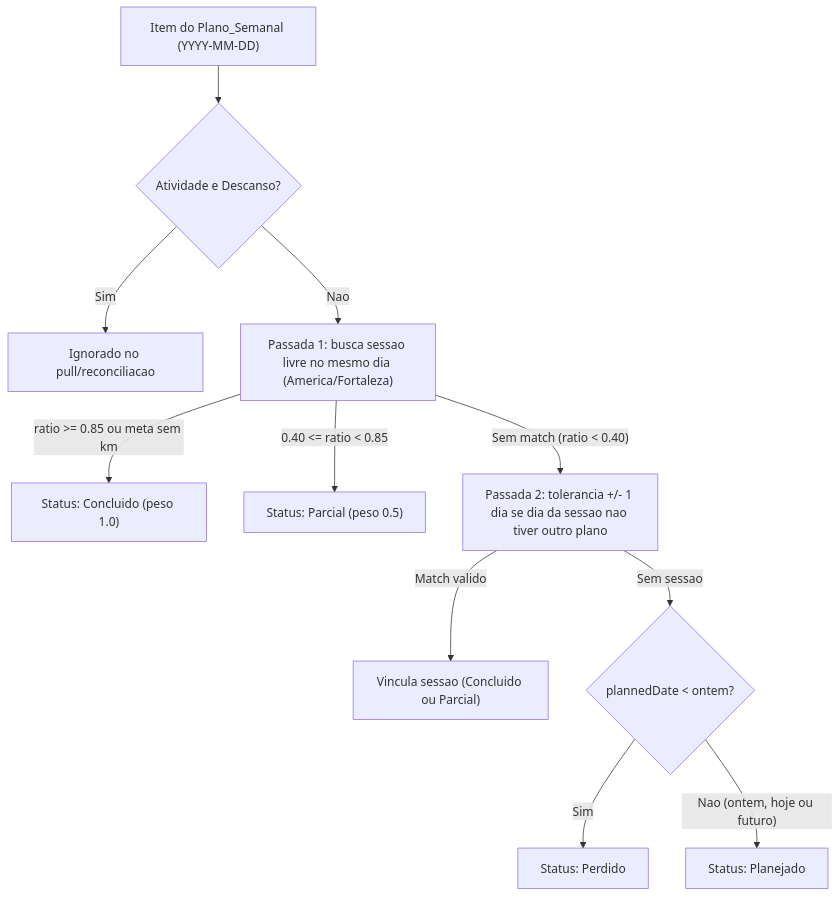
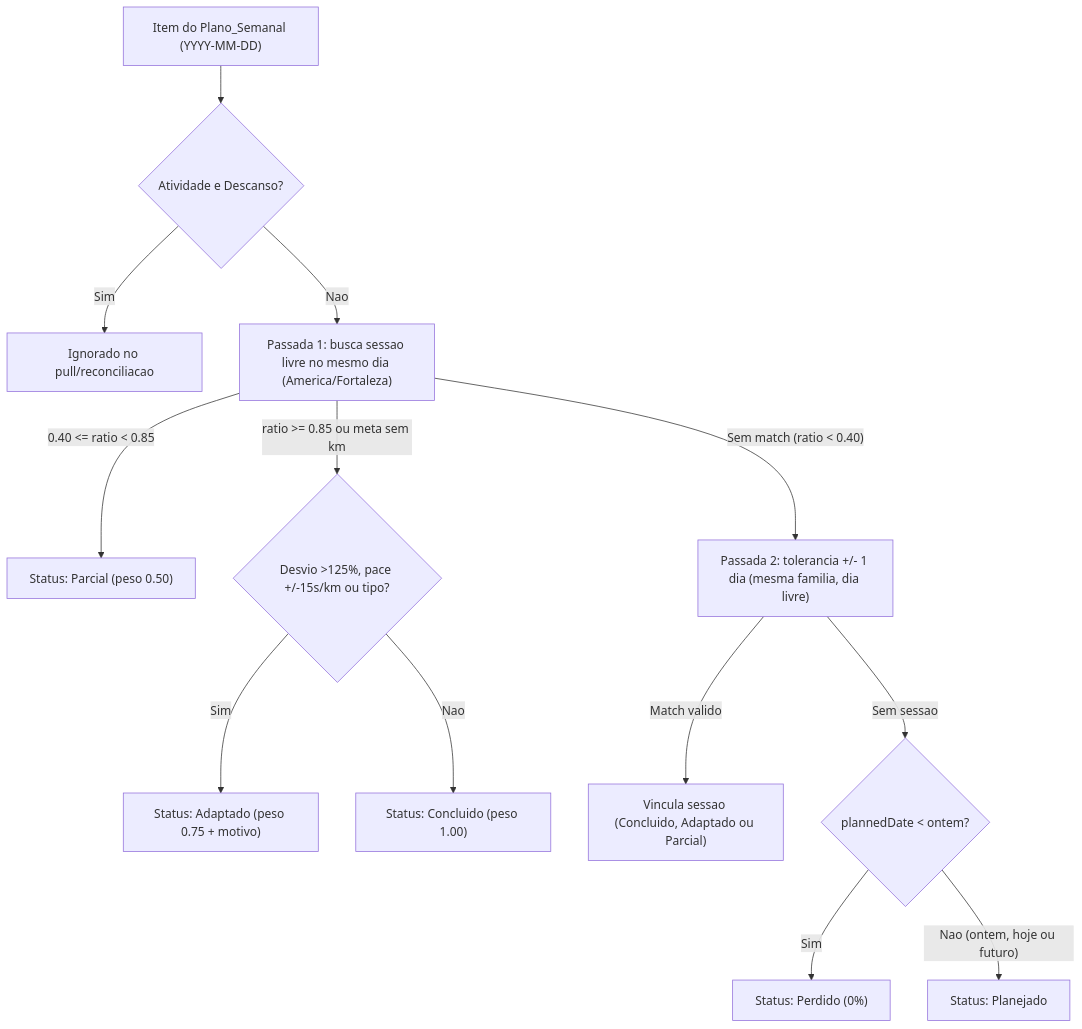
Before and after one commit to Kauanrodrigues01/PaceLab: the diagram in docs/features/02_treinos_e_dashboard_analitico.md, drawn with Mermaid. The commit also changed other lines of this file and 43 other files, not shown here.

````diff
--- a/docs/features/02_treinos_e_dashboard_analitico.md
+++ b/docs/features/02_treinos_e_dashboard_analitico.md
@@ -15,13 +15,15 @@
 ```mermaid
 flowchart TD
     Plan["Item do Plano_Semanal (YYYY-MM-DD)"] --> CheckType{"Atividade e Descanso?"}
     CheckType -->|"Sim"| RestSkip["Ignorado no pull/reconciliacao"]
     CheckType -->|"Nao"| Pass1["Passada 1: busca sessao livre no mesmo dia (America/Fortaleza)"]
-    Pass1 -->|"ratio >= 0.85 ou meta sem km"| Done["Status: Concluido (peso 1.0)"]
-    Pass1 -->|"0.40 <= ratio < 0.85"| Partial["Status: Parcial (peso 0.5)"]
-    Pass1 -->|"Sem match (ratio < 0.40)"| Pass2["Passada 2: tolerancia +/- 1 dia se dia da sessao nao tiver outro plano"]
-    Pass2 -->|"Match valido"| Match2["Vincula sessao (Concluido ou Parcial)"]
+    Pass1 -->|"0.40 <= ratio < 0.85"| Partial["Status: Parcial (peso 0.50)"]
+    Pass1 -->|"ratio >= 0.85 ou meta sem km"| Deviation{"Desvio >125%, pace +/-15s/km ou tipo?"}
+    Deviation -->|"Sim"| Adapted["Status: Adaptado (peso 0.75 + motivo)"]
+    Deviation -->|"Nao"| Done["Status: Concluido (peso 1.00)"]
+    Pass1 -->|"Sem match (ratio < 0.40)"| Pass2["Passada 2: tolerancia +/- 1 dia (mesma familia, dia livre)"]
+    Pass2 -->|"Match valido"| Match2["Vincula sessao (Concluido, Adaptado ou Parcial)"]
     Pass2 -->|"Sem sessao"| Cutoff{"plannedDate < ontem?"}
-    Cutoff -->|"Sim"| Missed["Status: Perdido"]
+    Cutoff -->|"Sim"| Missed["Status: Perdido (0%)"]
     Cutoff -->|"Nao (ontem, hoje ou futuro)"| Planned["Status: Planejado"]
 ```
````
